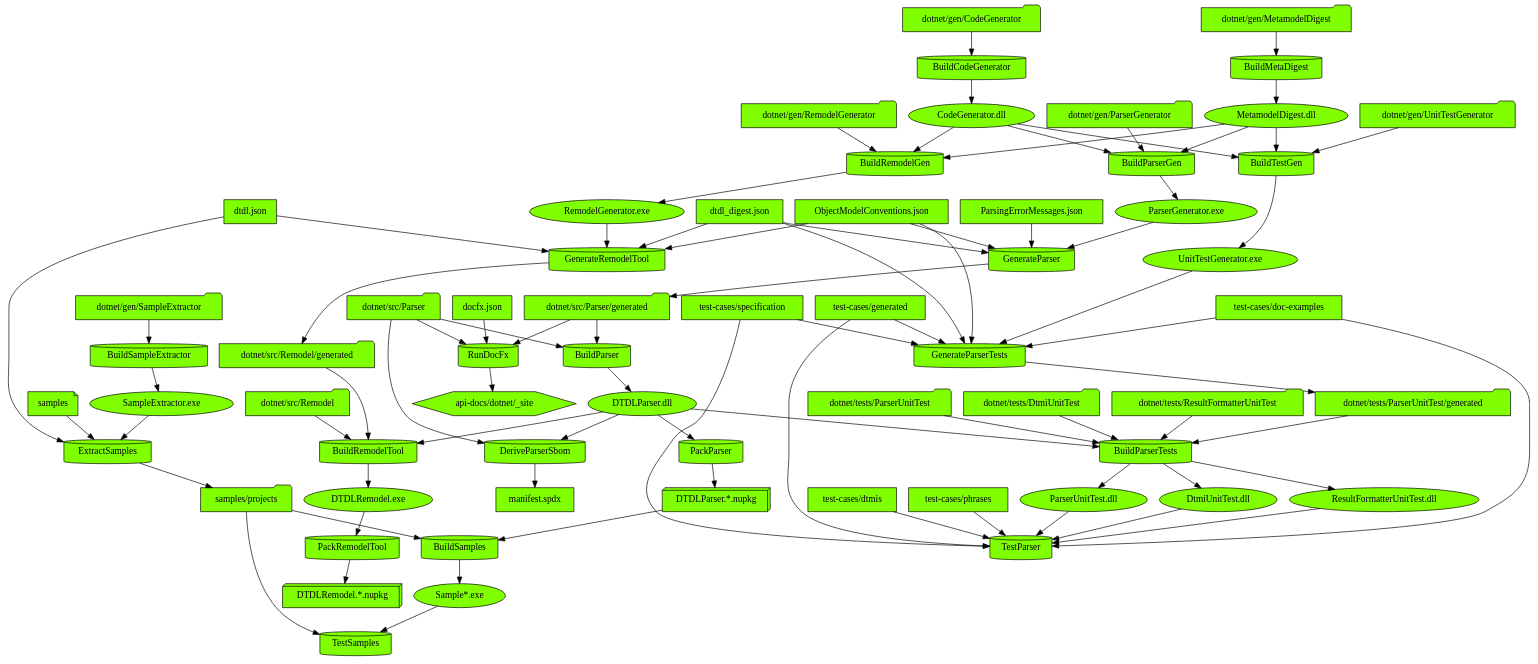
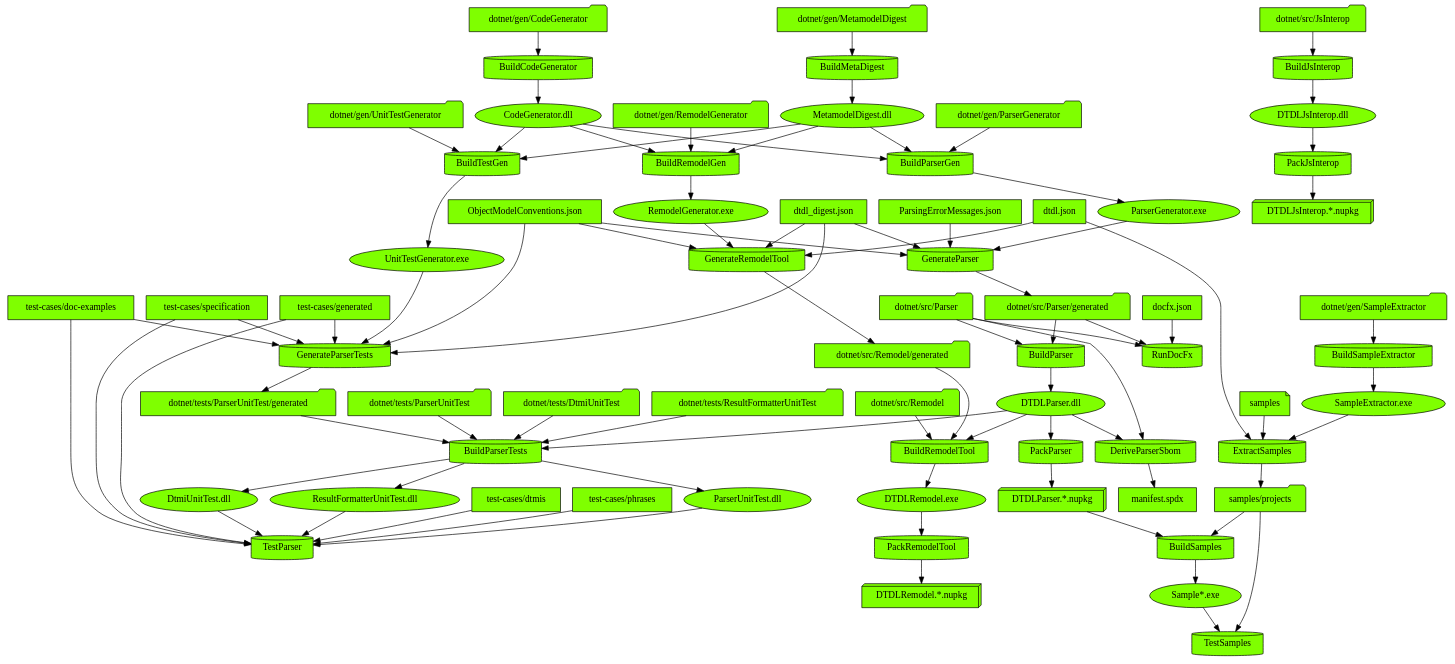
The diagram in images/input/generated/DevelopFlowDiagram.dot (digitaltwinconsortium/DTDLParser), drawn with Graphviz before and after one commit. The commit also changed 102 other files, not shown here.

```diff
--- a/images/input/generated/DevelopFlowDiagram.dot
+++ b/images/input/generated/DevelopFlowDiagram.dot
@@ -1,144 +1,151 @@
 digraph {
   {
     "BuildCodeGenerator" [shape=cylinder style=filled fillcolor=chartreuse]
+    "BuildJsInterop" [shape=cylinder style=filled fillcolor=chartreuse]
     "BuildMetaDigest" [shape=cylinder style=filled fillcolor=chartreuse]
     "BuildParser" [shape=cylinder style=filled fillcolor=chartreuse]
     "BuildParserGen" [shape=cylinder style=filled fillcolor=chartreuse]
     "BuildParserTests" [shape=cylinder style=filled fillcolor=chartreuse]
     "BuildRemodelGen" [shape=cylinder style=filled fillcolor=chartreuse]
     "BuildRemodelTool" [shape=cylinder style=filled fillcolor=chartreuse]
     "BuildSampleExtractor" [shape=cylinder style=filled fillcolor=chartreuse]
     "BuildSamples" [shape=cylinder style=filled fillcolor=chartreuse]
     "BuildTestGen" [shape=cylinder style=filled fillcolor=chartreuse]
     "DeriveParserSbom" [shape=cylinder style=filled fillcolor=chartreuse]
     "ExtractSamples" [shape=cylinder style=filled fillcolor=chartreuse]
     "GenerateParser" [shape=cylinder style=filled fillcolor=chartreuse]
     "GenerateParserTests" [shape=cylinder style=filled fillcolor=chartreuse]
     "GenerateRemodelTool" [shape=cylinder style=filled fillcolor=chartreuse]
+    "PackJsInterop" [shape=cylinder style=filled fillcolor=chartreuse]
     "PackParser" [shape=cylinder style=filled fillcolor=chartreuse]
     "PackRemodelTool" [shape=cylinder style=filled fillcolor=chartreuse]
     "RunDocFx" [shape=cylinder style=filled fillcolor=chartreuse]
     "TestParser" [shape=cylinder style=filled fillcolor=chartreuse]
     "TestSamples" [shape=cylinder style=filled fillcolor=chartreuse]
     "dotnet/gen/CodeGenerator" [shape=folder style=filled fillcolor=chartreuse]
     "CodeGenerator.dll" [shape=ellipse style=filled fillcolor=chartreuse]
+    "dotnet/src/JsInterop" [shape=folder style=filled fillcolor=chartreuse]
+    "DTDLJsInterop.dll" [shape=ellipse style=filled fillcolor=chartreuse]
     "dotnet/gen/MetamodelDigest" [shape=folder style=filled fillcolor=chartreuse]
     "MetamodelDigest.dll" [shape=ellipse style=filled fillcolor=chartreuse]
     "dotnet/src/Parser" [shape=folder style=filled fillcolor=chartreuse]
     "dotnet/src/Parser/generated" [shape=folder style=filled fillcolor=chartreuse]
     "DTDLParser.dll" [shape=ellipse style=filled fillcolor=chartreuse]
     "dotnet/gen/ParserGenerator" [shape=folder style=filled fillcolor=chartreuse]
     "ParserGenerator.exe" [shape=ellipse style=filled fillcolor=chartreuse]
     "dotnet/tests/DtmiUnitTest" [shape=folder style=filled fillcolor=chartreuse]
     "DtmiUnitTest.dll" [shape=ellipse style=filled fillcolor=chartreuse]
     "dotnet/tests/ResultFormatterUnitTest" [shape=folder style=filled fillcolor=chartreuse]
     "ResultFormatterUnitTest.dll" [shape=ellipse style=filled fillcolor=chartreuse]
     "dotnet/tests/ParserUnitTest" [shape=folder style=filled fillcolor=chartreuse]
     "dotnet/tests/ParserUnitTest/generated" [shape=folder style=filled fillcolor=chartreuse]
     "ParserUnitTest.dll" [shape=ellipse style=filled fillcolor=chartreuse]
     "dotnet/gen/RemodelGenerator" [shape=folder style=filled fillcolor=chartreuse]
     "RemodelGenerator.exe" [shape=ellipse style=filled fillcolor=chartreuse]
     "dotnet/src/Remodel" [shape=folder style=filled fillcolor=chartreuse]
     "dotnet/src/Remodel/generated" [shape=folder style=filled fillcolor=chartreuse]
     "DTDLRemodel.exe" [shape=ellipse style=filled fillcolor=chartreuse]
     "dotnet/gen/SampleExtractor" [shape=folder style=filled fillcolor=chartreuse]
     "SampleExtractor.exe" [shape=ellipse style=filled fillcolor=chartreuse]
     "DTDLParser.*.nupkg" [shape=box3d style=filled fillcolor=chartreuse]
     "samples/projects" [shape=folder style=filled fillcolor=chartreuse]
     "Sample*.exe" [shape=ellipse style=filled fillcolor=chartreuse]
     "dotnet/gen/UnitTestGenerator" [shape=folder style=filled fillcolor=chartreuse]
     "UnitTestGenerator.exe" [shape=ellipse style=filled fillcolor=chartreuse]
     "manifest.spdx" [shape=box style=filled fillcolor=chartreuse]
     "dtdl.json" [shape=box style=filled fillcolor=chartreuse]
     "samples" [shape=note style=filled fillcolor=chartreuse]
     "dtdl_digest.json" [shape=box style=filled fillcolor=chartreuse]
     "ObjectModelConventions.json" [shape=box style=filled fillcolor=chartreuse]
     "ParsingErrorMessages.json" [shape=box style=filled fillcolor=chartreuse]
     "test-cases/generated" [shape=box style=filled fillcolor=chartreuse]
     "test-cases/doc-examples" [shape=box style=filled fillcolor=chartreuse]
     "test-cases/specification" [shape=box style=filled fillcolor=chartreuse]
+    "DTDLJsInterop.*.nupkg" [shape=box3d style=filled fillcolor=chartreuse]
     "DTDLRemodel.*.nupkg" [shape=box3d style=filled fillcolor=chartreuse]
     "docfx.json" [shape=box style=filled fillcolor=chartreuse]
-    "api-docs/dotnet/_site" [shape=hexagon style=filled fillcolor=chartreuse]
     "test-cases/dtmis" [shape=box style=filled fillcolor=chartreuse]
     "test-cases/phrases" [shape=box style=filled fillcolor=chartreuse]
   }
   "dotnet/gen/CodeGenerator" -> "BuildCodeGenerator"
   "BuildCodeGenerator" -> "CodeGenerator.dll"
+  "dotnet/src/JsInterop" -> "BuildJsInterop"
+  "BuildJsInterop" -> "DTDLJsInterop.dll"
   "dotnet/gen/MetamodelDigest" -> "BuildMetaDigest"
   "BuildMetaDigest" -> "MetamodelDigest.dll"
   "dotnet/src/Parser" -> "BuildParser"
   "dotnet/src/Parser/generated" -> "BuildParser"
   "BuildParser" -> "DTDLParser.dll"
   "dotnet/gen/ParserGenerator" -> "BuildParserGen"
   "MetamodelDigest.dll" -> "BuildParserGen"
   "CodeGenerator.dll" -> "BuildParserGen"
   "BuildParserGen" -> "ParserGenerator.exe"
   "dotnet/tests/DtmiUnitTest" -> "BuildParserTests"
   "BuildParserTests" -> "DtmiUnitTest.dll"
   "dotnet/tests/ResultFormatterUnitTest" -> "BuildParserTests"
   "BuildParserTests" -> "ResultFormatterUnitTest.dll"
   "dotnet/tests/ParserUnitTest" -> "BuildParserTests"
   "dotnet/tests/ParserUnitTest/generated" -> "BuildParserTests"
   "DTDLParser.dll" -> "BuildParserTests"
   "BuildParserTests" -> "ParserUnitTest.dll"
   "dotnet/gen/RemodelGenerator" -> "BuildRemodelGen"
   "MetamodelDigest.dll" -> "BuildRemodelGen"
   "CodeGenerator.dll" -> "BuildRemodelGen"
   "BuildRemodelGen" -> "RemodelGenerator.exe"
   "dotnet/src/Remodel" -> "BuildRemodelTool"
   "dotnet/src/Remodel/generated" -> "BuildRemodelTool"
   "DTDLParser.dll" -> "BuildRemodelTool"
   "BuildRemodelTool" -> "DTDLRemodel.exe"
   "dotnet/gen/SampleExtractor" -> "BuildSampleExtractor"
   "BuildSampleExtractor" -> "SampleExtractor.exe"
   "DTDLParser.*.nupkg" -> "BuildSamples"
   "samples/projects" -> "BuildSamples"
   "BuildSamples" -> "Sample*.exe"
   "dotnet/gen/UnitTestGenerator" -> "BuildTestGen"
   "MetamodelDigest.dll" -> "BuildTestGen"
   "CodeGenerator.dll" -> "BuildTestGen"
   "BuildTestGen" -> "UnitTestGenerator.exe"
   "DTDLParser.dll" -> "DeriveParserSbom"
   "dotnet/src/Parser" -> "DeriveParserSbom"
   "DeriveParserSbom" -> "manifest.spdx"
   "SampleExtractor.exe" -> "ExtractSamples"
   "dtdl.json" -> "ExtractSamples"
   "samples" -> "ExtractSamples"
   "ExtractSamples" -> "samples/projects"
   "ParserGenerator.exe" -> "GenerateParser"
   "dtdl_digest.json" -> "GenerateParser"
   "ObjectModelConventions.json" -> "GenerateParser"
   "ParsingErrorMessages.json" -> "GenerateParser"
   "GenerateParser" -> "dotnet/src/Parser/generated"
   "UnitTestGenerator.exe" -> "GenerateParserTests"
   "dtdl_digest.json" -> "GenerateParserTests"
   "ObjectModelConventions.json" -> "GenerateParserTests"
   "test-cases/generated" -> "GenerateParserTests"
   "test-cases/doc-examples" -> "GenerateParserTests"
   "test-cases/specification" -> "GenerateParserTests"
   "GenerateParserTests" -> "dotnet/tests/ParserUnitTest/generated"
   "RemodelGenerator.exe" -> "GenerateRemodelTool"
   "dtdl.json" -> "GenerateRemodelTool"
   "dtdl_digest.json" -> "GenerateRemodelTool"
   "ObjectModelConventions.json" -> "GenerateRemodelTool"
   "GenerateRemodelTool" -> "dotnet/src/Remodel/generated"
+  "DTDLJsInterop.dll" -> "PackJsInterop"
+  "PackJsInterop" -> "DTDLJsInterop.*.nupkg"
   "DTDLParser.dll" -> "PackParser"
   "PackParser" -> "DTDLParser.*.nupkg"
   "DTDLRemodel.exe" -> "PackRemodelTool"
   "PackRemodelTool" -> "DTDLRemodel.*.nupkg"
   "dotnet/src/Parser" -> "RunDocFx"
   "dotnet/src/Parser/generated" -> "RunDocFx"
   "docfx.json" -> "RunDocFx"
-  "RunDocFx" -> "api-docs/dotnet/_site"
   "DtmiUnitTest.dll" -> "TestParser"
   "test-cases/dtmis" -> "TestParser"
   "ResultFormatterUnitTest.dll" -> "TestParser"
   "test-cases/phrases" -> "TestParser"
   "ParserUnitTest.dll" -> "TestParser"
   "test-cases/generated" -> "TestParser"
   "test-cases/doc-examples" -> "TestParser"
   "test-cases/specification" -> "TestParser"
   "Sample*.exe" -> "TestSamples"
   "samples/projects" -> "TestSamples"
 }
```
